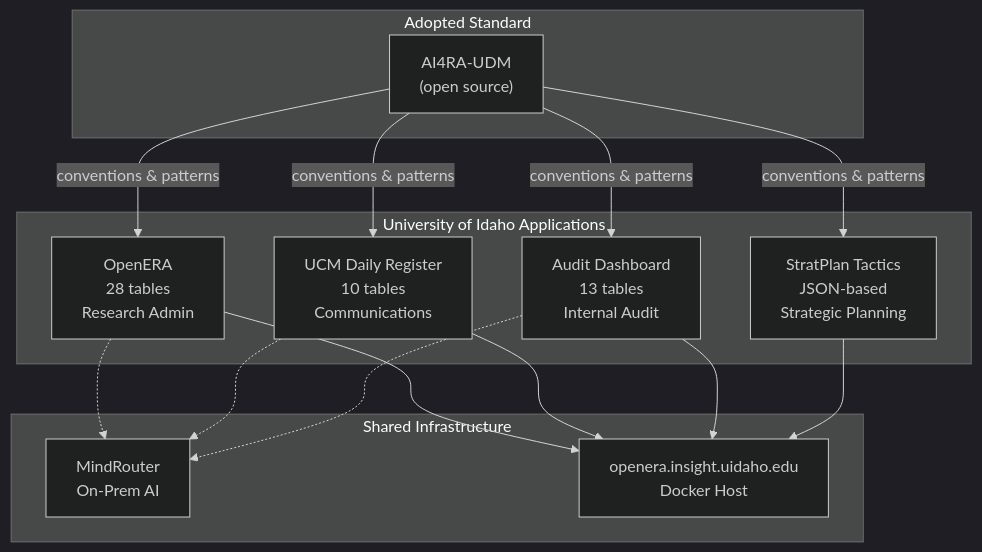
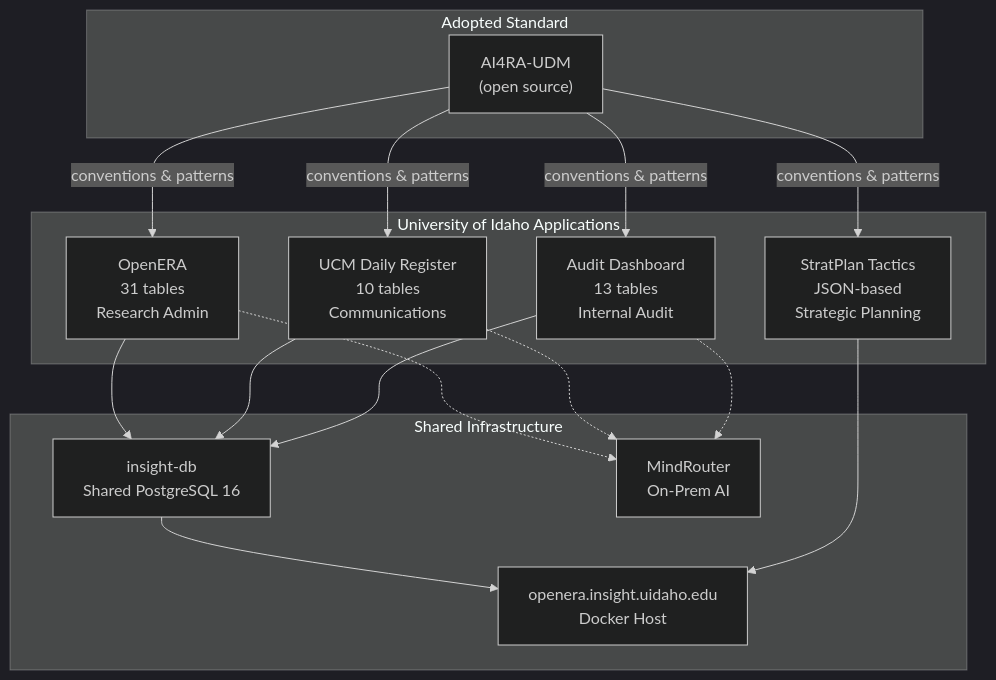
One commit to ui-insight/data-governance changed the diagram in docs/index.md. Above: the diagram before and after it, drawn with Mermaid (dark theme). The commit also changed other lines of this file and 6 other files, not shown here.

First line of the commit message:
Update docs for RFA Analysis tables and shared insight-db infrastructure

````diff
--- a/docs/index.md
+++ b/docs/index.md
@@ -35,32 +35,34 @@
 ```mermaid
 graph TB
     subgraph standard["Adopted Standard"]
         UDM["AI4RA-UDM<br/>(open source)"]
     end
 
     subgraph institutional["University of Idaho Applications"]
-        OE["OpenERA<br/>28 tables<br/>Research Admin"]
+        OE["OpenERA<br/>31 tables<br/>Research Admin"]
         UCM["UCM Daily Register<br/>10 tables<br/>Communications"]
         AD["Audit Dashboard<br/>13 tables<br/>Internal Audit"]
         SP["StratPlan Tactics<br/>JSON-based<br/>Strategic Planning"]
     end
 
     subgraph shared["Shared Infrastructure"]
+        DB["insight-db<br/>Shared PostgreSQL 16"]
         MR["MindRouter<br/>On-Prem AI"]
         SRV["openera.insight.uidaho.edu<br/>Docker Host"]
     end
 
     UDM -->|conventions & patterns| OE
     UDM -->|conventions & patterns| UCM
     UDM -->|conventions & patterns| AD
     UDM -->|conventions & patterns| SP
 
-    OE --> SRV
-    UCM --> SRV
-    AD --> SRV
+    OE --> DB
+    UCM --> DB
+    AD --> DB
+    DB --> SRV
     SP --> SRV
 
     OE -.-> MR
     UCM -.-> MR
     AD -.-> MR
 ```
````
